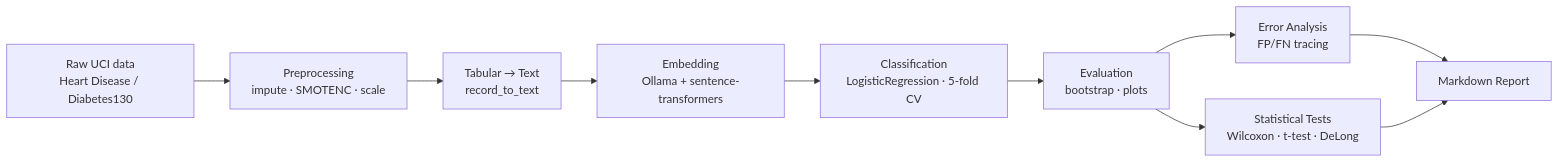
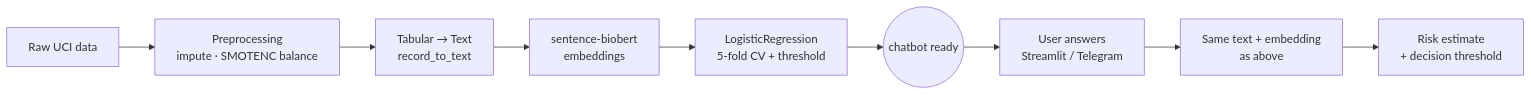
Before and after one commit to KevinPasquale88/Forecast: the diagram in README.md, drawn with Mermaid. The commit also changed other lines of this file and 258 other files, not shown here.

````diff
--- a/README.md
+++ b/README.md
@@ -5,12 +8,11 @@
 ```mermaid
 flowchart LR
-    A[Raw UCI data\nHeart Disease / Diabetes130] --> B[Preprocessing\nimpute · SMOTENC · scale]
+    A[Raw UCI data] --> B[Preprocessing\nimpute · SMOTENC balance]
     B --> C[Tabular → Text\nrecord_to_text]
-    C --> D[Embedding\nOllama + sentence-transformers]
-    D --> E[Classification\nLogisticRegression · 5-fold CV]
-    E --> F[Evaluation\nbootstrap · plots]
-    F --> G[Error Analysis\nFP/FN tracing]
-    F --> H[Statistical Tests\nWilcoxon · t-test · DeLong]
-    G --> I[Markdown Report]
-    H --> I
+    C --> D[sentence-biobert\nembeddings]
+    D --> E[LogisticRegression\n5-fold CV + threshold]
+    E --> F((chatbot ready))
+    F --> G[User answers\nStreamlit / Telegram]
+    G --> H[Same text + embedding\nas above]
+    H --> I[Risk estimate\n+ decision threshold]
 ```
````
